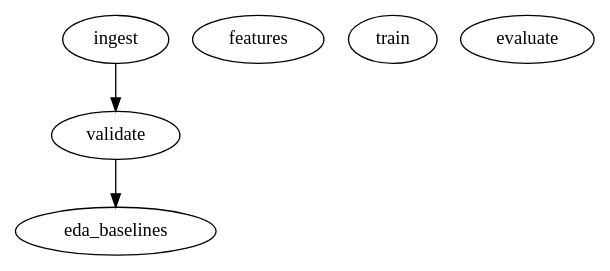
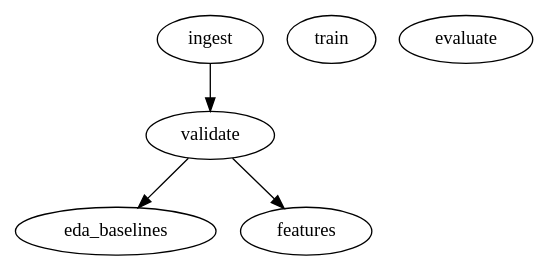
Before and after one commit to Gilgamesh60/DA5402_CH21B062_FINAL_E2E_PROJECT: the diagram in docs/diagrams/dvc-dag.dot, drawn with Graphviz. The commit also changed 13 other files, not shown here.

```diff
--- a/docs/diagrams/dvc-dag.dot
+++ b/docs/diagrams/dvc-dag.dot
@@ -1,10 +1,11 @@
 strict digraph {
 "ingest";
 "validate";
 "eda_baselines";
 "features";
 "train";
 "evaluate";
 "ingest" -> "validate";
 "validate" -> "eda_baselines";
+"validate" -> "features";
 }
```
